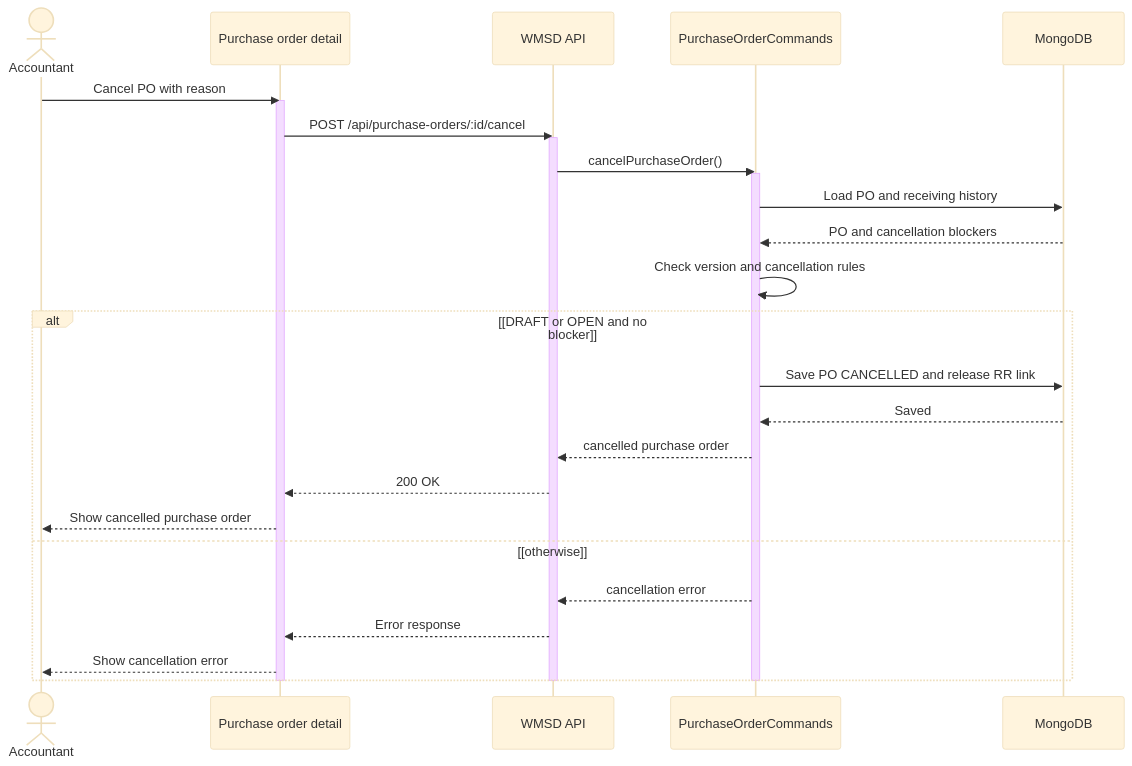
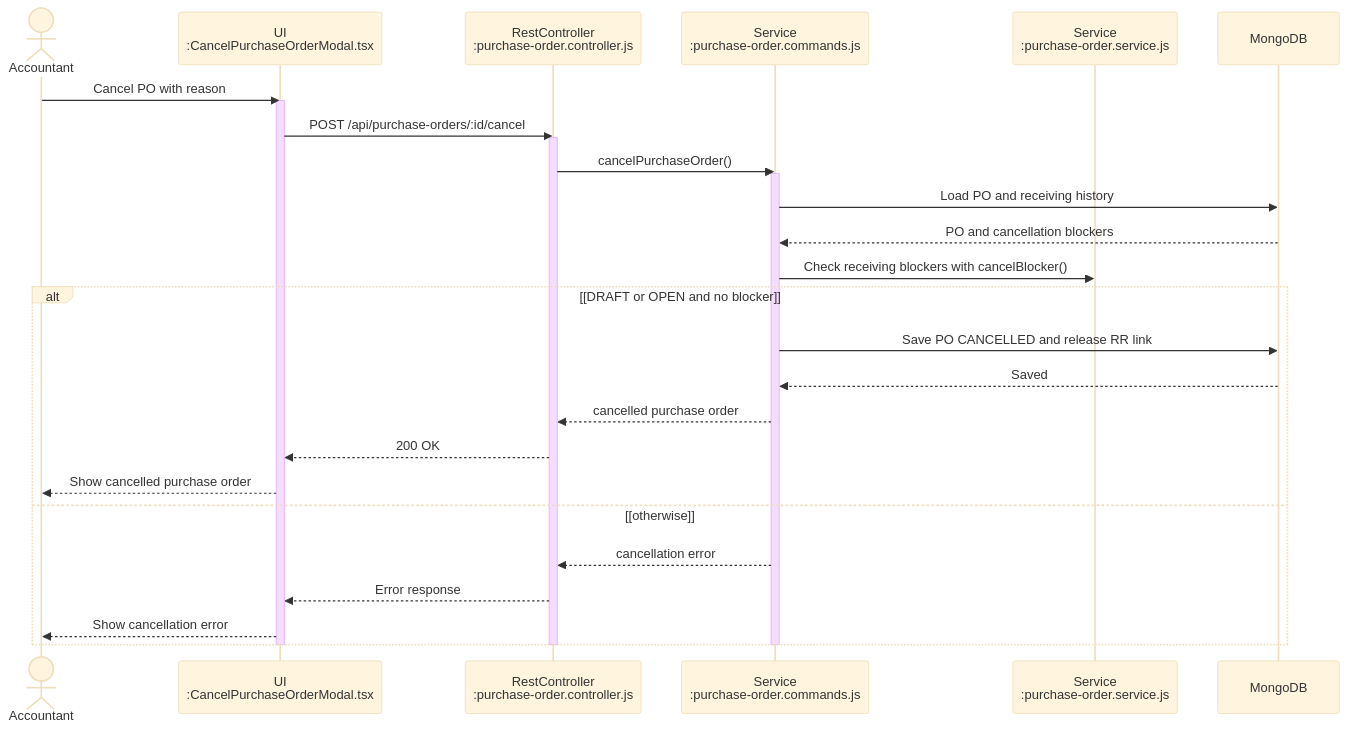
One commit to bupbalabup/wmsd_be changed diagram 15 of 46 in git_doc/docs/01_bao_cao/WMSD_Report4_Draft.md. Above: the diagram before and after it, drawn with Mermaid (base theme). The commit also changed other lines of this file and 80 other files, not shown here.

First line of the commit message:
feat(purchase): implement core purchase functionalities and validation schemas

````diff
--- a/git_doc/docs/01_bao_cao/WMSD_Report4_Draft.md
+++ b/git_doc/docs/01_bao_cao/WMSD_Report4_Draft.md
@@ -1058,31 +1056,32 @@
 ```mermaid
 sequenceDiagram
   actor X as Accountant
-  participant U as Purchase order detail
-  participant A as WMSD API
-  participant S as PurchaseOrderCommands
+  participant U as UI<br/>:CancelPurchaseOrderModal.tsx
+  participant A as RestController<br/>:purchase-order.controller.js
+  participant S as Service<br/>:purchase-order.commands.js
+  participant T as Service<br/>:purchase-order.service.js
   participant D as MongoDB
   X->>U: Cancel PO with reason
   activate U
   U->>A: POST /api/purchase-orders/:id/cancel
   activate A
   A->>S: cancelPurchaseOrder()
   activate S
   S->>D: Load PO and receiving history
   D-->>S: PO and cancellation blockers
-  S->>S: Check version and cancellation rules
+  S->>T: Check receiving blockers with cancelBlocker()
   alt [DRAFT or OPEN and no blocker]
     S->>D: Save PO CANCELLED and release RR link
     D-->>S: Saved
     S-->>A: cancelled purchase order
     A-->>U: 200 OK
     U-->>X: Show cancelled purchase order
   else [otherwise]
     S-->>A: cancellation error
     A-->>U: Error response
     U-->>X: Show cancellation error
   end
   deactivate S
   deactivate A
   deactivate U
 ```
````
